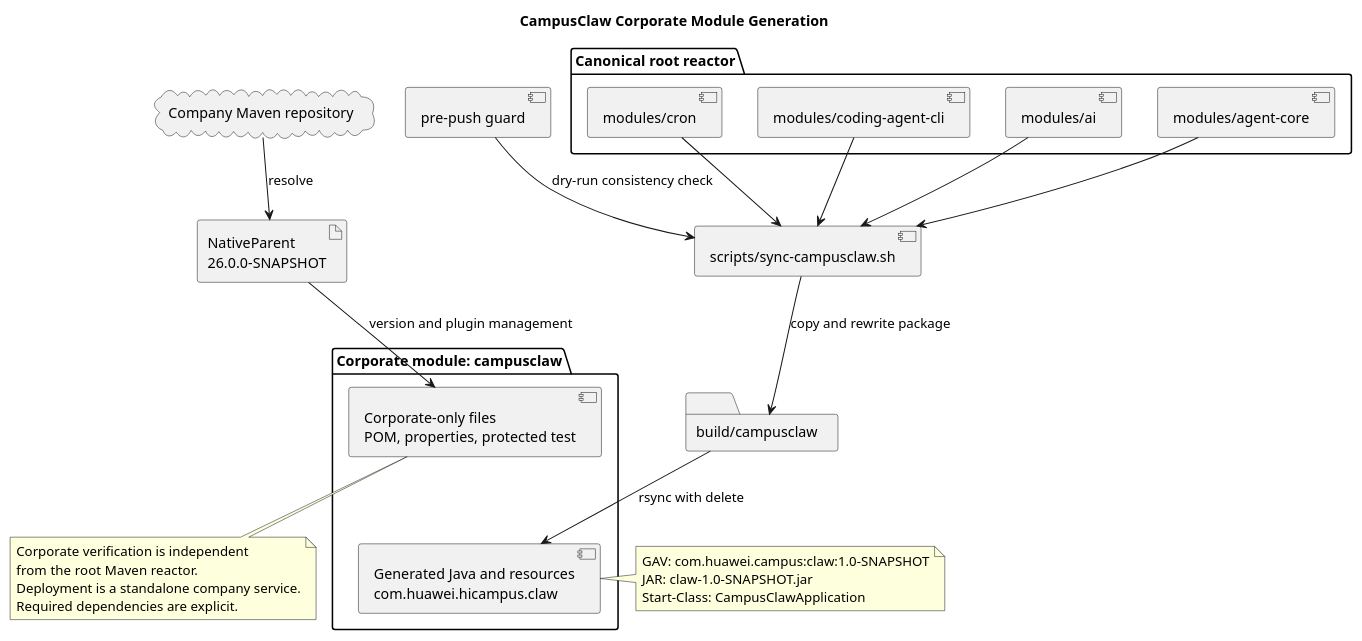
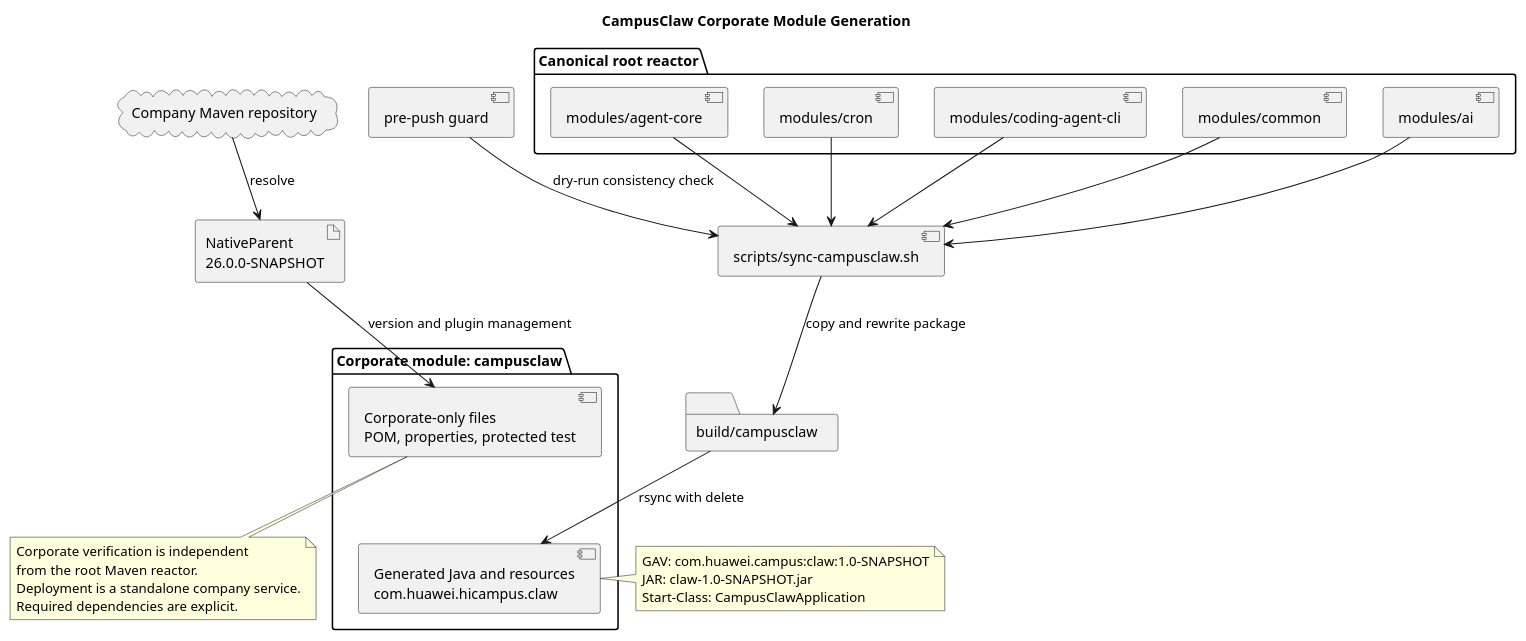
Before and after one commit to 2862282695gjh-afk/pi-mono-java: the diagram in docs/designs/campusclaw-corporate-module/diagram.puml, drawn with PlantUML. The commit also changed 90 other files, not shown here.

```diff
--- a/docs/designs/campusclaw-corporate-module/diagram.puml
+++ b/docs/designs/campusclaw-corporate-module/diagram.puml
@@ -1,55 +1,60 @@
 @startuml campusclaw_corporate_module
 ' Source evidence: 98d3999ec6d57e099d7bf02aaa4fcf9607fc61aa.
 ' Current repository paths: modules/*, scripts/sync-campusclaw.sh,
 ' campusclaw/pom.xml, and scripts/git-hooks/pre-push.
 ' Source evidence: campusclaw/pom.xml lost root POM logging dependencies at 294e6d90.
 ' User-provided target condition: CampusClaw is deployed as a standalone company service.
 ' Observed behavior: four canonical modules feed one generated corporate mirror.
+' Source baseline for common addition: ee3fdb4893228045f06b9b1d1b3b3bb505812c73.
+' Source evidence: scripts/sync-campusclaw.sh MODULES; scripts/tests/sync-campusclaw-layout-test.sh.
+' Target architecture: include the new common module in the five canonical generation sources.
 ' Architecture change: the mirror has an independent parent, GAV, package, and build gate.
 ' Design reason: keep one implementation source while isolating corporate integration metadata.
 
 title CampusClaw Corporate Module Generation
 
 package "Canonical root reactor" {
+  component "modules/common" as common
   component "modules/ai" as ai
   component "modules/agent-core" as core
   component "modules/cron" as cron
   component "modules/coding-agent-cli" as runtime
 }
 
 component "scripts/sync-campusclaw.sh" as sync
 folder "build/campusclaw" as stage
 
 package "Corporate module: campusclaw" {
   component "Generated Java and resources\ncom.huawei.hicampus.claw" as mirror
   component "Corporate-only files\nPOM, properties, protected test" as local
 }
 
 cloud "Company Maven repository" as repository
 artifact "NativeParent\n26.0.0-SNAPSHOT" as parent
 component "pre-push guard" as hook
 
+common --> sync
 ai --> sync
 core --> sync
 cron --> sync
 runtime --> sync
 sync --> stage : copy and rewrite package
 stage --> mirror : rsync with delete
 local -[hidden]-> mirror
 repository --> parent : resolve
 parent --> local : version and plugin management
 hook --> sync : dry-run consistency check
 
 note right of mirror
   GAV: com.huawei.campus:claw:1.0-SNAPSHOT
   JAR: claw-1.0-SNAPSHOT.jar
   Start-Class: CampusClawApplication
 end note
 
 note bottom of local
   Corporate verification is independent
   from the root Maven reactor.
   Deployment is a standalone company service.
   Required dependencies are explicit.
 end note
 @enduml
```
